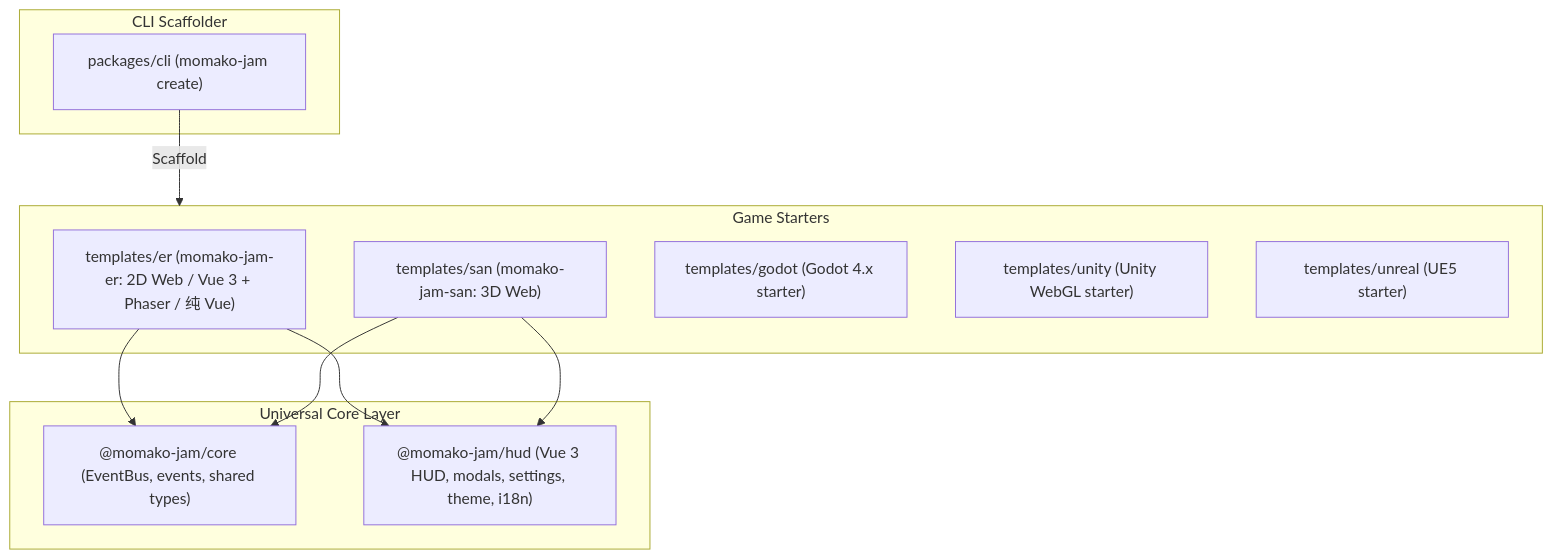
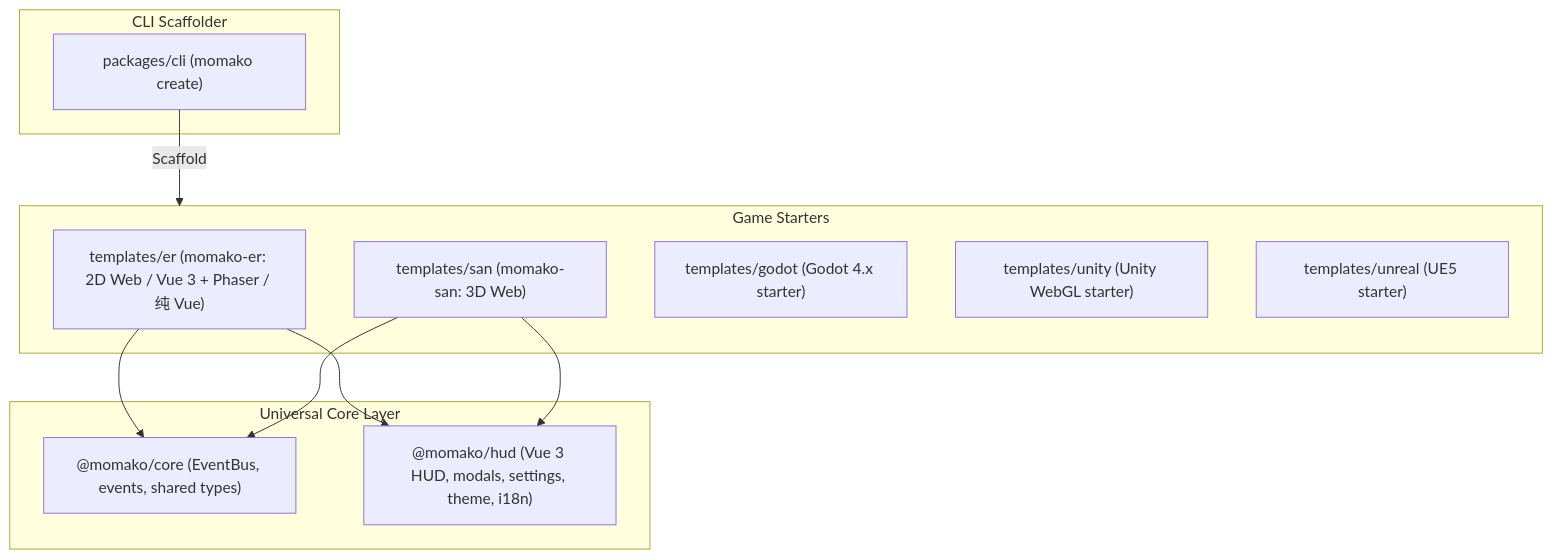
One commit to momakoding/momako changed the diagram in CODEBASE_STATE.md. Above: the diagram before and after it, drawn with Mermaid. The commit also changed other lines of this file and 5 other files, not shown here.

````diff
--- a/CODEBASE_STATE.md
+++ b/CODEBASE_STATE.md
@@ -13,23 +13,23 @@
 ```mermaid
 flowchart TB
     subgraph CLI["CLI Scaffolder"]
-        Bin["packages/cli (momako-jam create)"]
+        Bin["packages/cli (momako create)"]
     end
 
     subgraph Core["Universal Core Layer"]
-        PkgCore["@momako-jam/core (EventBus, events, shared types)"]
-        PkgHud["@momako-jam/hud (Vue 3 HUD, modals, settings, theme, i18n)"]
+        PkgCore["@momako/core (EventBus, events, shared types)"]
+        PkgHud["@momako/hud (Vue 3 HUD, modals, settings, theme, i18n)"]
     end
 
     subgraph Templates["Game Starters"]
-        Er["templates/er (momako-jam-er: 2D Web / Vue 3 + Phaser / 纯 Vue)"]
-        San["templates/san (momako-jam-san: 3D Web)"]
+        Er["templates/er (momako-er: 2D Web / Vue 3 + Phaser / 纯 Vue)"]
+        San["templates/san (momako-san: 3D Web)"]
         Godot["templates/godot (Godot 4.x starter)"]
         Unity["templates/unity (Unity WebGL starter)"]
         Unreal["templates/unreal (UE5 starter)"]
     end
 
     Bin -->|Scaffold| Templates
     Er --> PkgCore & PkgHud
     San --> PkgCore & PkgHud
 ```
````
